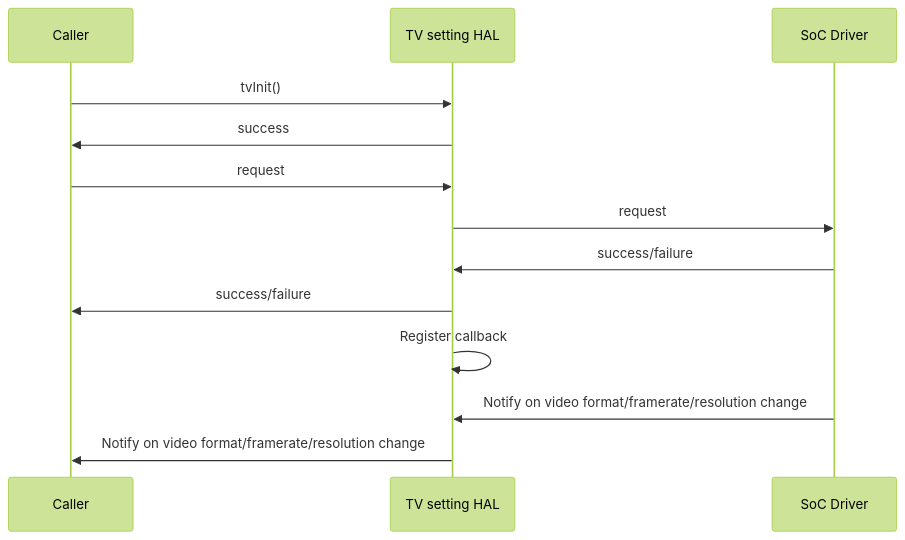
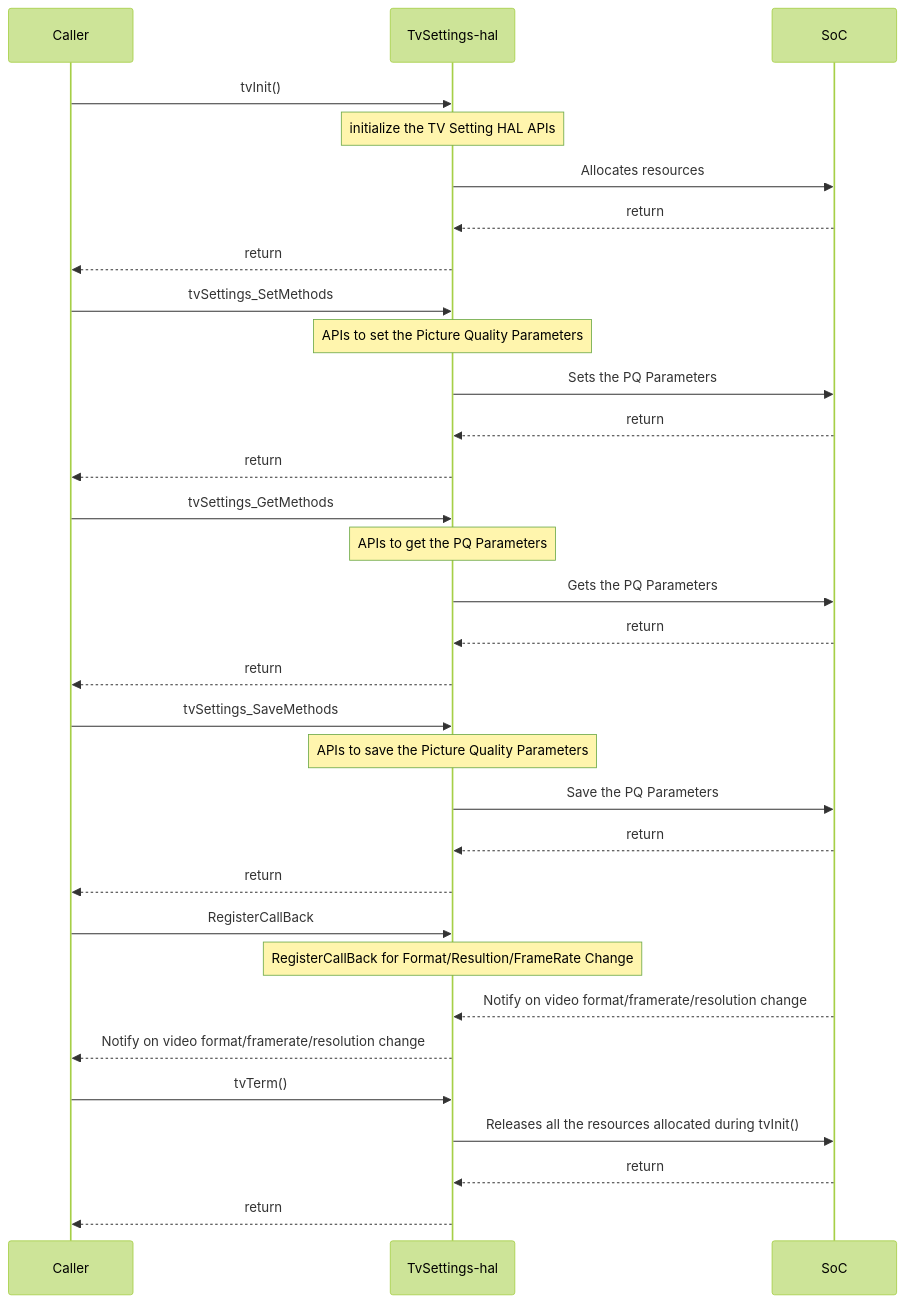
The second of 3 diagrams in docs/pages/tv-settings_halSpec.md (rdkcentral/rdkv-halif-tvsettings), drawn with Mermaid (forest theme) before and after one commit. The commit also changed other lines of this file, not shown here.

Commit message:
Update tv-settings_halSpec.md
updated spec.md file with functional diagram

````diff
--- a/docs/pages/tv-settings_halSpec.md
+++ b/docs/pages/tv-settings_halSpec.md
@@ -175,12 +175,34 @@
 ```mermaid
 sequenceDiagram
-Caller ->> TV setting HAL: tvInit()
-TV setting HAL ->> Caller:success
-Caller ->> TV setting HAL: request
-TV setting HAL ->> SoC Driver: request
-SoC Driver ->> TV setting HAL:success/failure
-TV setting HAL ->> Caller:success/failure
-TV setting HAL ->> TV setting HAL:Register callback
-SoC Driver ->> TV setting HAL:Notify on video format/framerate/resolution change
-TV setting HAL ->> Caller:Notify on video format/framerate/resolution change
+participant Caller as Caller
+    participant HAL as TvSettings-hal
+    participant Driver as SoC
+    Caller->>HAL:tvInit()
+    Note over HAL: initialize the TV Setting HAL APIs
+    HAL->>Driver: Allocates resources
+    Driver-->>HAL:return
+    HAL-->>Caller:return
+    Caller->>HAL: tvSettings_SetMethods
+    Note over HAL: APIs to set the Picture Quality Parameters
+    HAL->>Driver:Sets the PQ Parameters
+    Driver-->>HAL:return
+    HAL-->>Caller:return
+    Caller->>HAL: tvSettings_GetMethods
+    Note over HAL: APIs to get the PQ Parameters
+    HAL->>Driver:Gets the PQ Parameters
+    Driver-->>HAL:return
+    HAL-->>Caller:return
+    Caller->>HAL: tvSettings_SaveMethods
+    Note over HAL: APIs to save the Picture Quality Parameters
+    HAL->>Driver:Save the PQ Parameters
+    Driver-->>HAL:return
+    HAL-->>Caller:return
+    Caller->>HAL: RegisterCallBack
+    Note over HAL:RegisterCallBack for Format/Resultion/FrameRate Change
+    Driver-->>HAL:Notify on video format/framerate/resolution change
+    HAL-->>Caller:Notify on video format/framerate/resolution change
+    Caller ->>HAL:tvTerm()
+    HAL ->> Driver: Releases all the resources allocated during tvInit()
+    Driver-->>HAL:return
+    HAL-->>Caller:return
 ```
````
